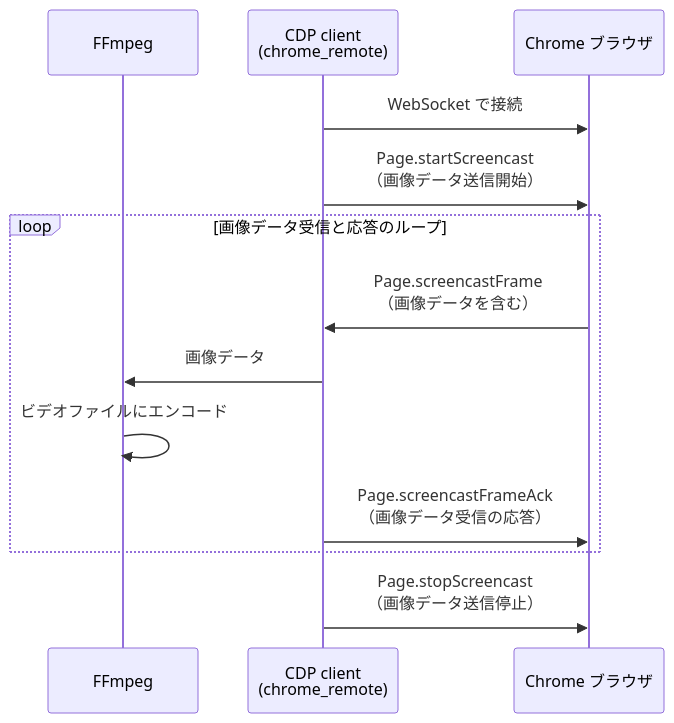
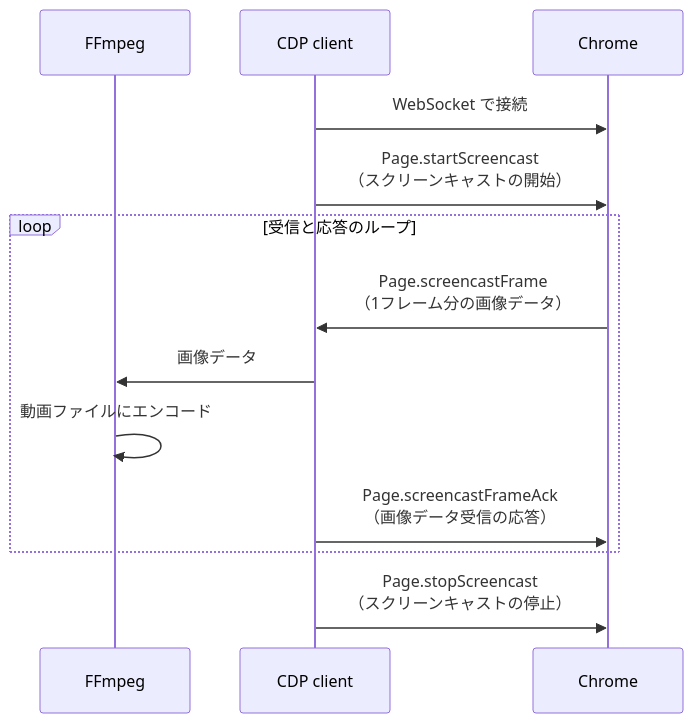
The diagram in articles/be923fb9a59b75.md (AudioStakes/zenn-content), drawn with Mermaid before and after one commit. The commit also changed other lines of this file, not shown here.

````diff
--- a/articles/be923fb9a59b75.md
+++ b/articles/be923fb9a59b75.md
@@ -45,19 +46,19 @@
 ```mermaid
 sequenceDiagram
     participant FFmpeg
-    participant client as CDP client<br>(chrome_remote)
-    participant Browser as Chrome ブラウザ
+    participant client as CDP client
+    participant Browser as Chrome
 
     client->>Browser: WebSocket で接続
 
-    client->>Browser: Page.startScreencast<br>（画像データ送信開始）
+    client->>Browser: Page.startScreencast<br>（スクリーンキャストの開始）
 
-    loop 画像データ受信と応答のループ
-        Browser->>client: Page.screencastFrame<br>（画像データを含む）
+    loop 受信と応答のループ
+        Browser->>client: Page.screencastFrame<br>（1フレーム分の画像データ）
         client->>FFmpeg: 画像データ
-        FFmpeg->>FFmpeg: ビデオファイルにエンコード
+        FFmpeg->>FFmpeg: 動画ファイルにエンコード
         client->>Browser: Page.screencastFrameAck<br>（画像データ受信の応答）
     end
 
-    client->>Browser: Page.stopScreencast<br>（画像データ送信停止）
+    client->>Browser: Page.stopScreencast<br>（スクリーンキャストの停止）
 ```
````
